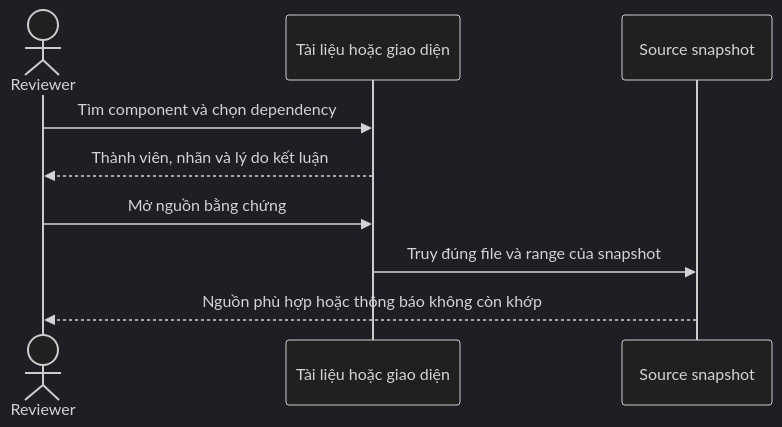
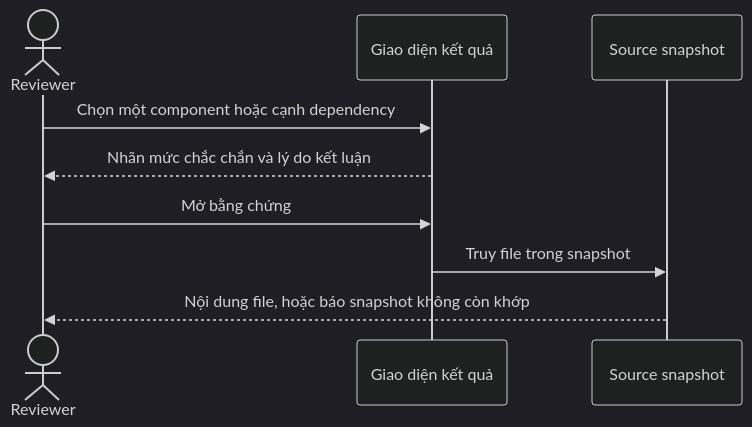
One commit to nchoang1004/l3-generator-fr029 changed the third of 3 diagrams in .aide/product/prd/PRD-L3GEN-2609-001.md. Above: the diagram before and after it, drawn with Mermaid (dark theme). The commit also changed other lines of this file, not shown here.

````diff
--- a/.aide/product/prd/PRD-L3GEN-2609-001.md
+++ b/.aide/product/prd/PRD-L3GEN-2609-001.md
@@ -363,11 +308,11 @@
 ```mermaid
 sequenceDiagram
     actor Reviewer
-    participant View as Tài liệu hoặc giao diện
-    participant Source as Source snapshot
-    Reviewer->>View: Tìm component và chọn dependency
-    View-->>Reviewer: Thành viên, nhãn và lý do kết luận
-    Reviewer->>View: Mở nguồn bằng chứng
-    View->>Source: Truy đúng file và range của snapshot
-    Source-->>Reviewer: Nguồn phù hợp hoặc thông báo không còn khớp
+    participant View as Giao diện kết quả
+    participant Snap as Source snapshot
+    Reviewer->>View: Chọn một component hoặc cạnh dependency
+    View-->>Reviewer: Nhãn mức chắc chắn và lý do kết luận
+    Reviewer->>View: Mở bằng chứng
+    View->>Snap: Truy file trong snapshot
+    Snap-->>Reviewer: Nội dung file, hoặc báo snapshot không còn khớp
 ```
````
